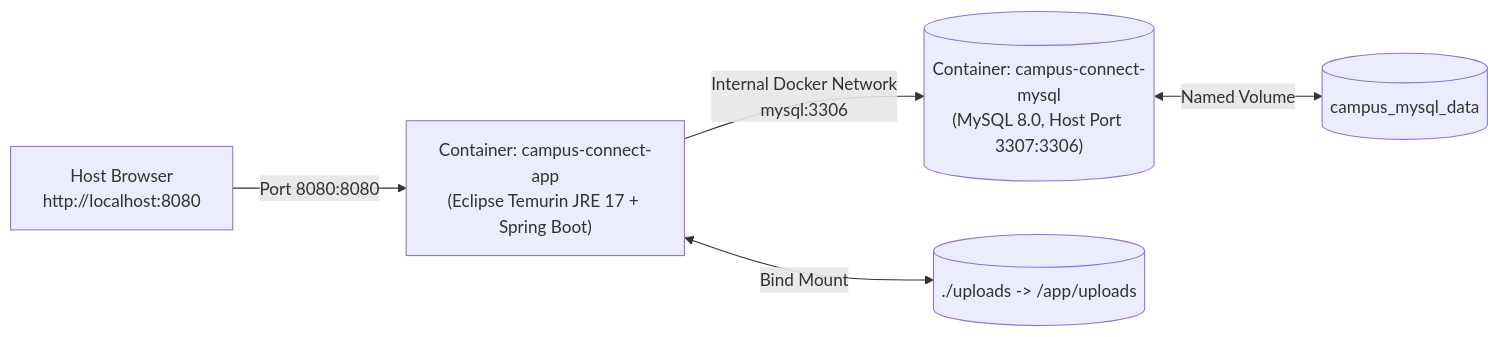
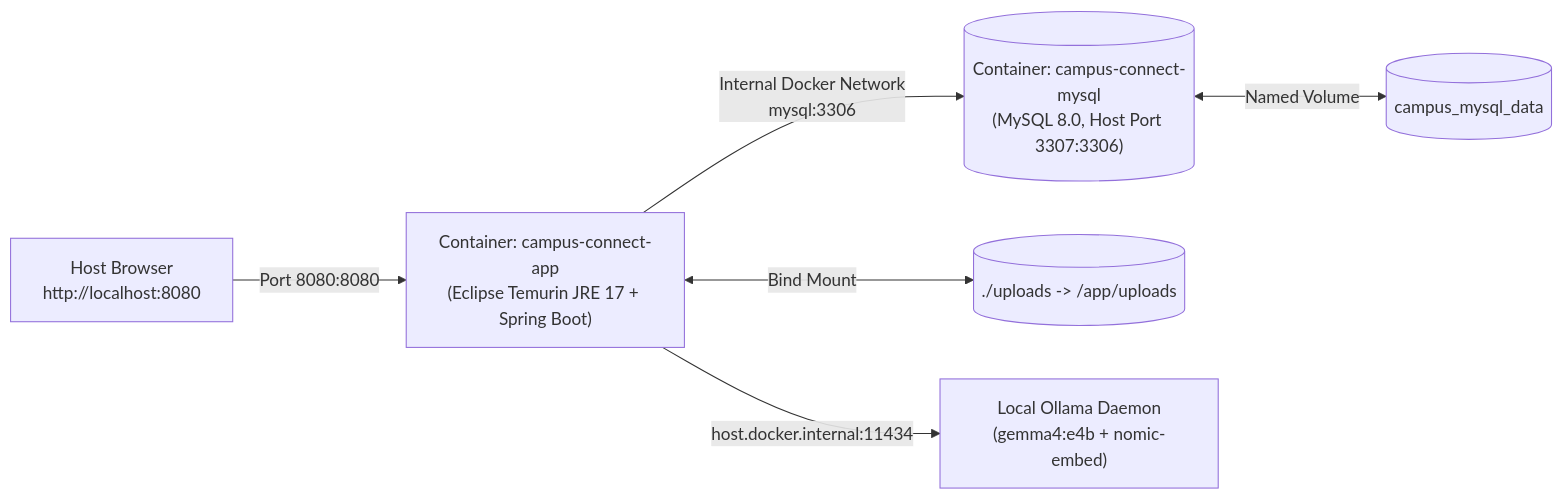
Before and after one commit to piyushgoel2808/campus-connect: the sixth of 7 diagrams in docs/architecture.md, drawn with Mermaid. The commit also changed other lines of this file and 42 other files, not shown here.

````diff
--- a/docs/architecture.md
+++ b/docs/architecture.md
@@ -221,7 +221,8 @@
 ```mermaid
 flowchart LR
     HostBrowser["Host Browser\nhttp://localhost:8080"] -->|"Port 8080:8080"| AppContainer["Container: campus-connect-app\n(Eclipse Temurin JRE 17 + Spring Boot)"]
     AppContainer -->|"Internal Docker Network\nmysql:3306"| DbContainer[("Container: campus-connect-mysql\n(MySQL 8.0, Host Port 3307:3306)")]
     AppContainer <-->|"Bind Mount"| UploadsDir[("./uploads -> /app/uploads")]
     DbContainer <-->|"Named Volume"| DbVol[("campus_mysql_data")]
+    AppContainer -->|"host.docker.internal:11434"| OllamaHost["Local Ollama Daemon\n(gemma4:e4b + nomic-embed)"]
 ```
````
